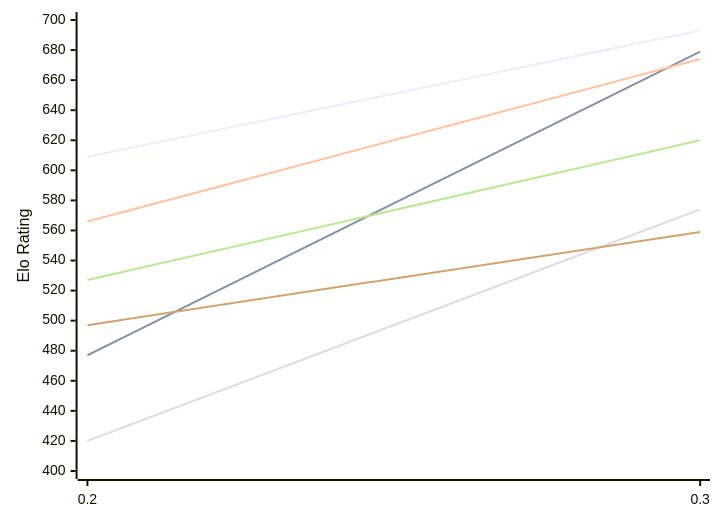
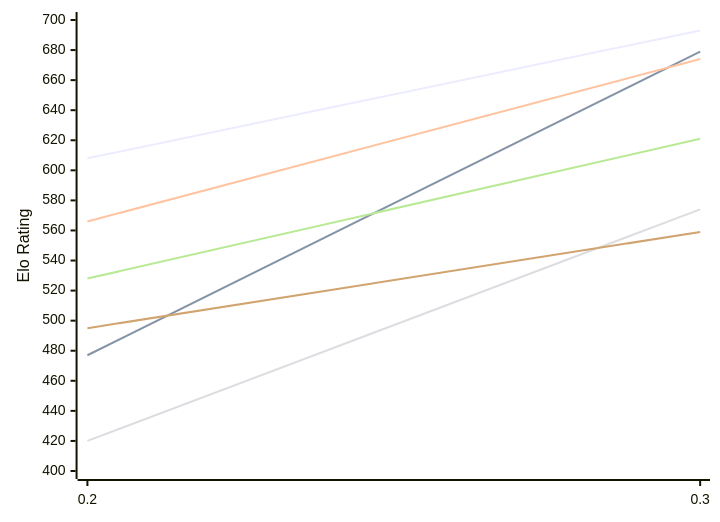
Before and after one commit to computer-chess-index/cci: the first of 2 diagrams in engines/Magpie.md, drawn with Mermaid. The commit also changed other lines of this file, not shown here.

Commit message:
Update CCI Ratings (ELO VLTC) - 2026-11-17

````diff
--- a/engines/Magpie.md
+++ b/engines/Magpie.md
@@ -50,12 +50,12 @@
 ```mermaid
 %%{init: {"theme":"base","themeVariables":{"seriesColors:['#a3a3a3','#222221','#faa371']}}}%%
 xychart-beta
   x-axis ["0.2", "0.3"]
   y-axis "Elo Rating" 400 --> 700
-  line "E1: STC (8.0+0.08s)" [609, 693]
+  line "E1: STC (8.0+0.08s)" [608, 693]
   line "E1: LTC (60.0+0.60s)" [477, 679]
   line "E1: VLTC (2m24s+1.12s)" [566, 674]
   line "P1: STC (8.0+0.08s)" [420, 574]
-  line "P1: LTC (60.0+0.60s)" [527, 620]
-  line "P1: VLTC (2m24s+1.12s)" [497, 559]
+  line "P1: LTC (60.0+0.60s)" [528, 621]
+  line "P1: VLTC (2m24s+1.12s)" [495, 559]
 ```
````
